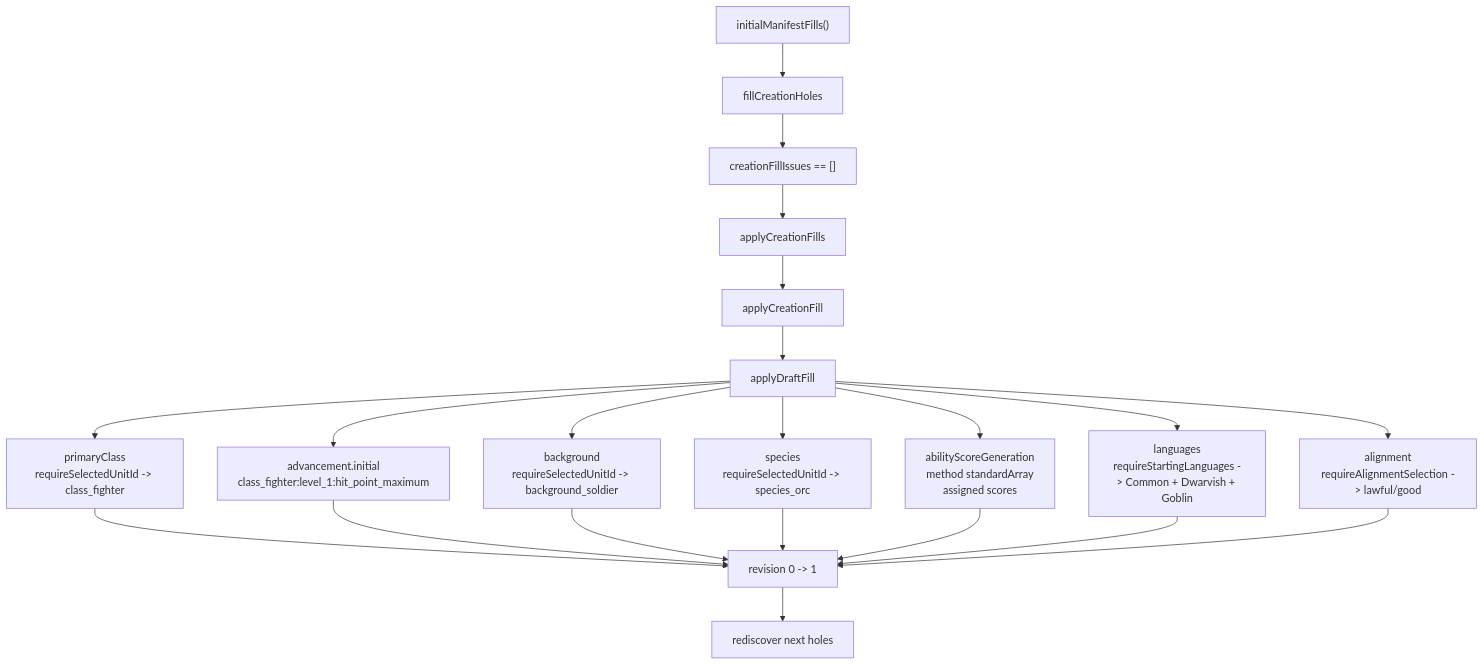
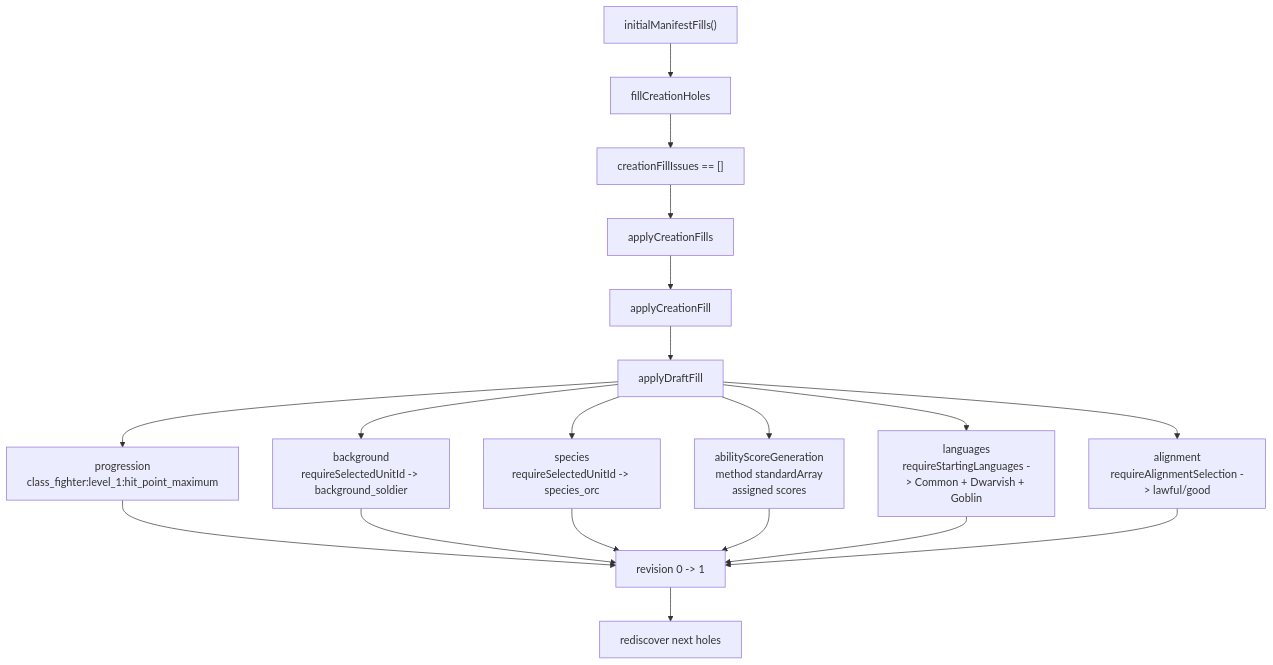
The fifth of 10 diagrams in packages/character-creation-runtime/EXPLANATORY_TIME_DIAGRAM.md (dearlordylord/5e-quint), drawn with Mermaid before and after one commit. The commit also changed other lines of this file and 21 other files, not shown here.

Commit message:
Replace level-one advancement workflow

````diff
--- a/packages/character-creation-runtime/EXPLANATORY_TIME_DIAGRAM.md
+++ b/packages/character-creation-runtime/EXPLANATORY_TIME_DIAGRAM.md
@@ -313,35 +313,32 @@
 ```mermaid
 flowchart TD
   Batch["initialManifestFills()"]
   Fill["fillCreationHoles"]
   Validate["creationFillIssues == []"]
   Apply["applyCreationFills"]
   Dispatch["applyCreationFill"]
   DraftFill["applyDraftFill"]
-  Class["primaryClass<br/>requireSelectedUnitId -> class_fighter"]
-  Advancement["advancement.initial<br/>class_fighter:level_1:hit_point_maximum"]
+  Progression["progression<br/>class_fighter:level_1:hit_point_maximum"]
   Background["background<br/>requireSelectedUnitId -> background_soldier"]
   Species["species<br/>requireSelectedUnitId -> species_orc"]
   Scores["abilityScoreGeneration<br/>method standardArray<br/>assigned scores"]
   Languages["languages<br/>requireStartingLanguages -> Common + Dwarvish + Goblin"]
   Alignment["alignment<br/>requireAlignmentSelection -> lawful/good"]
   Rev["revision 0 -> 1"]
   Next["rediscover next holes"]
 
   Batch --> Fill --> Validate --> Apply --> Dispatch --> DraftFill
-  DraftFill --> Class
-  DraftFill --> Advancement
+  DraftFill --> Progression
   DraftFill --> Background
   DraftFill --> Species
   DraftFill --> Scores
   DraftFill --> Languages
   DraftFill --> Alignment
-  Class --> Rev
-  Advancement --> Rev
+  Progression --> Rev
   Background --> Rev
   Species --> Rev
   Scores --> Rev
   Languages --> Rev
   Alignment --> Rev
   Rev --> Next
 ```
````
